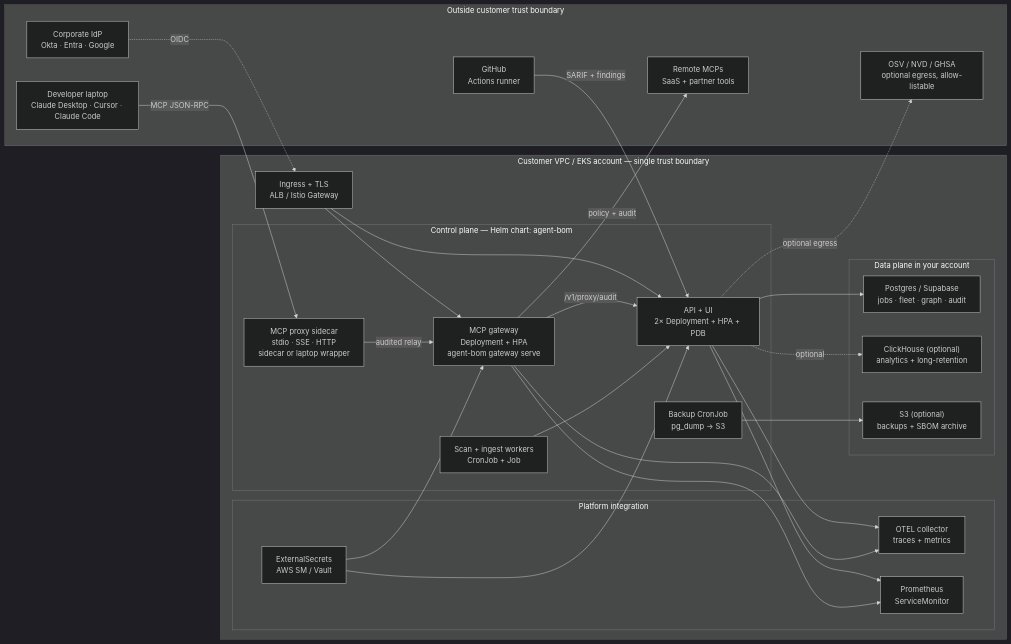
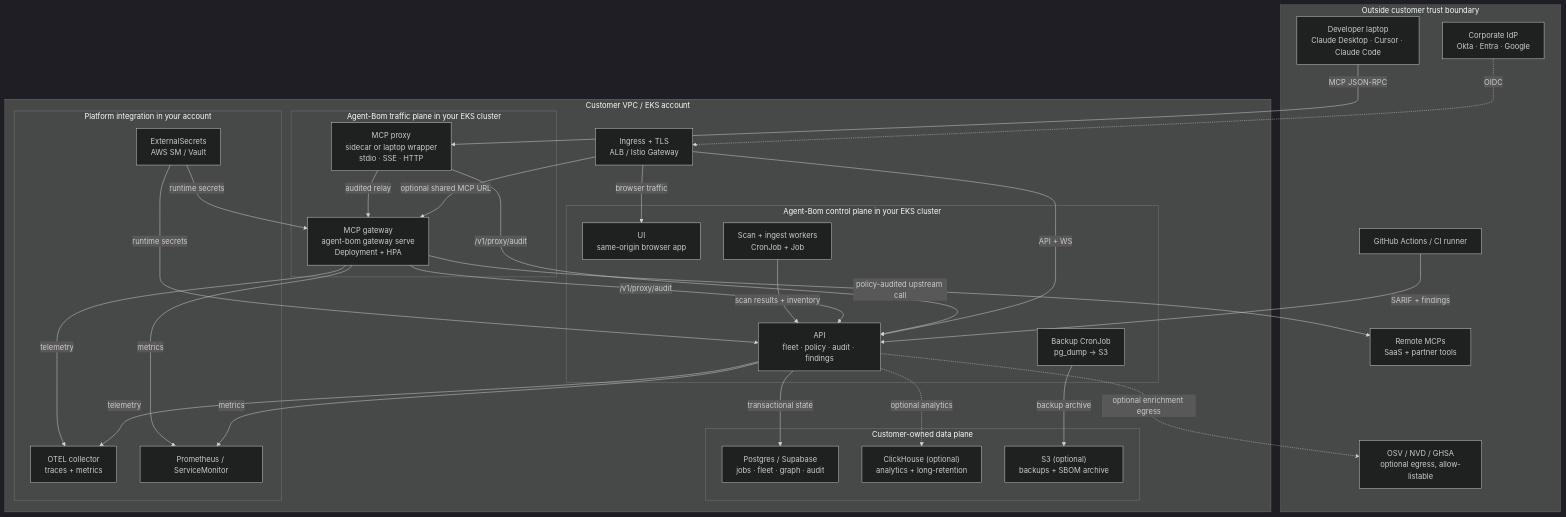
One commit to Rish-2006/agent-bom changed the first of 5 diagrams in README.md. Above: the diagram before and after it, drawn with Mermaid (dark theme). The commit also changed 2 other files, not shown here.

Commit message:
[codex] simplify EKS topology and MCP flow diagrams (#1597)
## Summary
- replace the crossed-line EKS trust-boundary diagram with a clearer
top-down topology
- show customer infra, the `agent-bom` traffic plane, control plane, and
data plane as separate lanes
- make the MCP proxy -> gateway -> upstream flow and API/UI/data flow
easier to read in the README and deployment docs

## Why
The previous diagram captured the right components but read like
spaghetti once gateway, proxy, ingress, audit, and data-plane paths were
all drawn together. This keeps the same deployment model but makes the
trust boundary and request paths legible.

## Validation
- docs-only change
- no new files, packages, imports, or generated assets

````diff
--- a/README.md
+++ b/README.md
@@ -165,59 +165,64 @@
 ```mermaid
-flowchart LR
+flowchart TB
     subgraph outside["Outside customer trust boundary"]
+      idp["Corporate IdP<br/>Okta · Entra · Google"]
       dev["Developer laptop<br/>Claude Desktop · Cursor · Claude Code"]
-      gh["GitHub<br/>Actions runner"]
+      gh["GitHub Actions / CI runner"]
+      remote["Remote MCPs<br/>SaaS + partner tools"]
       osv["OSV / NVD / GHSA<br/>optional egress, allow-listable"]
-      mcp_saas["Remote MCPs<br/>SaaS + partner tools"]
-      idp["Corporate IdP<br/>Okta · Entra · Google"]
     end
 
-    subgraph vpc["Customer VPC / EKS account — single trust boundary"]
+    subgraph vpc["Customer VPC / EKS account"]
       ingress["Ingress + TLS<br/>ALB / Istio Gateway"]
 
-      subgraph cp["Control plane — Helm chart: agent-bom"]
-        api["API + UI<br/>2× Deployment + HPA + PDB"]
-        gw["MCP gateway<br/>Deployment + HPA<br/>agent-bom gateway serve"]
-        px["MCP proxy sidecar<br/>stdio · SSE · HTTP<br/>sidecar or laptop wrapper"]
-        jobs["Scan + ingest workers<br/>CronJob + Job"]
-        backup["Backup CronJob<br/>pg_dump → S3"]
+      subgraph traffic["Agent-Bom traffic plane in your EKS cluster"]
+        px["MCP proxy<br/>sidecar or laptop wrapper<br/>stdio · SSE · HTTP"]
+        gw["MCP gateway<br/>agent-bom gateway serve<br/>Deployment + HPA"]
       end
 
-      subgraph glue["Platform integration"]
-        es["ExternalSecrets<br/>AWS SM / Vault"]
-        otel["OTEL collector<br/>traces + metrics"]
-        prom["Prometheus<br/>ServiceMonitor"]
+      subgraph control["Agent-Bom control plane in your EKS cluster"]
+        ui["UI<br/>same-origin browser app"]
+        api["API<br/>fleet · policy · audit · findings"]
+        jobs["Scan + ingest workers<br/>CronJob + Job"]
+        backup["Backup CronJob<br/>pg_dump -> S3"]
       end
 
-      subgraph dataplane["Data plane in your account"]
+      subgraph data["Customer-owned data plane"]
         pg["Postgres / Supabase<br/>jobs · fleet · graph · audit"]
         ch["ClickHouse (optional)<br/>analytics + long-retention"]
         s3["S3 (optional)<br/>backups + SBOM archive"]
       end
+
+      subgraph platform["Platform integration in your account"]
+        es["ExternalSecrets<br/>AWS SM / Vault"]
+        otel["OTEL collector<br/>traces + metrics"]
+        prom["Prometheus / ServiceMonitor"]
+      end
     end
 
     idp -. OIDC .-> ingress
-    ingress --> api
-    ingress --> gw
+    ingress -->|"browser traffic"| ui
+    ingress -->|"API + WS"| api
+    ingress -->|"optional shared MCP URL"| gw
 
-    dev -->|MCP JSON-RPC| px
-    px -->|audited relay| gw
-    gw -->|policy + audit| mcp_saas
-    gw -->|/v1/proxy/audit| api
+    dev -->|"MCP JSON-RPC"| px
+    px -->|"audited relay"| gw
+    gw -->|"policy-audited upstream call"| remote
+    px -->|"/v1/proxy/audit"| api
+    gw -->|"/v1/proxy/audit"| api
 
-    gh -->|SARIF + findings| api
+    gh -->|"SARIF + findings"| api
+    jobs -->|"scan results + inventory"| api
 
-    jobs --> api
-    api --> pg
-    api -. optional .-> ch
-    backup --> s3
+    api -->|"transactional state"| pg
+    api -. "optional analytics" .-> ch
+    backup -->|"backup archive"| s3
 
-    api -. optional egress .-> osv
-
-    es --> api
-    es --> gw
-    api --> otel
-    gw --> otel
-    api --> prom
-    gw --> prom
+    es -->|"runtime secrets"| api
+    es -->|"runtime secrets"| gw
+    api -->|"telemetry"| otel
+    gw -->|"telemetry"| otel
+    api -->|"metrics"| prom
+    gw -->|"metrics"| prom
+    api -. "optional enrichment egress" .-> osv
 ```
````
